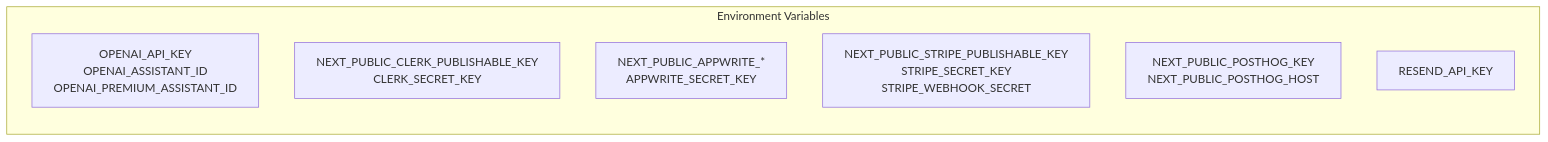
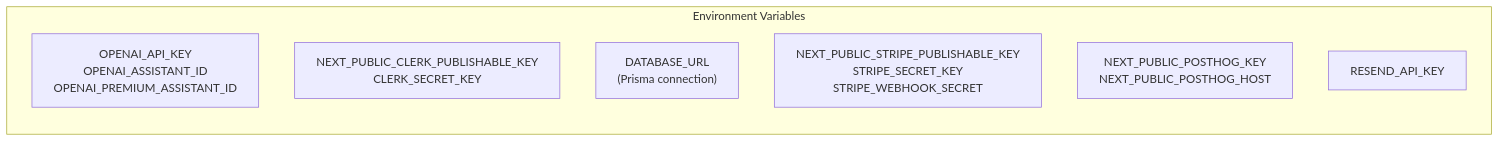
The second of 3 diagrams in docs/architecture/SYSTEM_OVERVIEW.md (duzhongli-d/contractagent), drawn with Mermaid before and after one commit. The commit also changed other lines of this file and 8 other files, not shown here.

````diff
--- a/docs/architecture/SYSTEM_OVERVIEW.md
+++ b/docs/architecture/SYSTEM_OVERVIEW.md
@@ -129,11 +129,11 @@
 ```mermaid
 graph LR
     subgraph Environment["Environment Variables"]
         OpenAIEnv["OPENAI_API_KEY<br/>OPENAI_ASSISTANT_ID<br/>OPENAI_PREMIUM_ASSISTANT_ID"]
         ClerkEnv["NEXT_PUBLIC_CLERK_PUBLISHABLE_KEY<br/>CLERK_SECRET_KEY"]
-        AppwriteEnv["NEXT_PUBLIC_APPWRITE_*<br/>APPWRITE_SECRET_KEY"]
+        PostgreSQLEnv["DATABASE_URL<br/>(Prisma connection)"]
         StripeEnv["NEXT_PUBLIC_STRIPE_PUBLISHABLE_KEY<br/>STRIPE_SECRET_KEY<br/>STRIPE_WEBHOOK_SECRET"]
         PostHogEnv["NEXT_PUBLIC_POSTHOG_KEY<br/>NEXT_PUBLIC_POSTHOG_HOST"]
         ResendEnv["RESEND_API_KEY"]
     end
 ```
````
